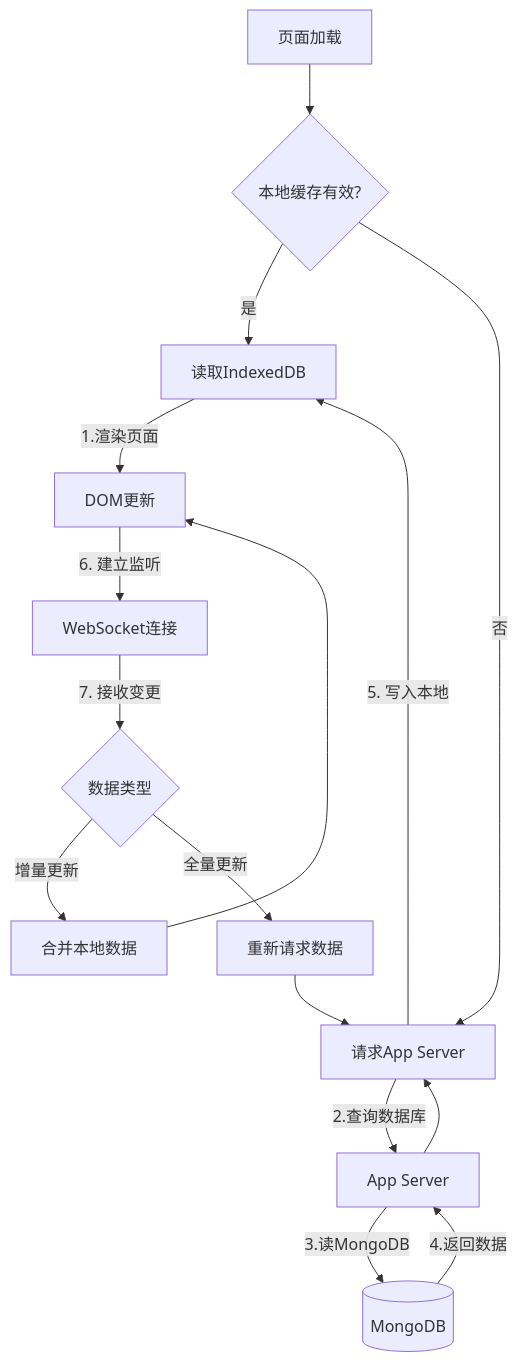
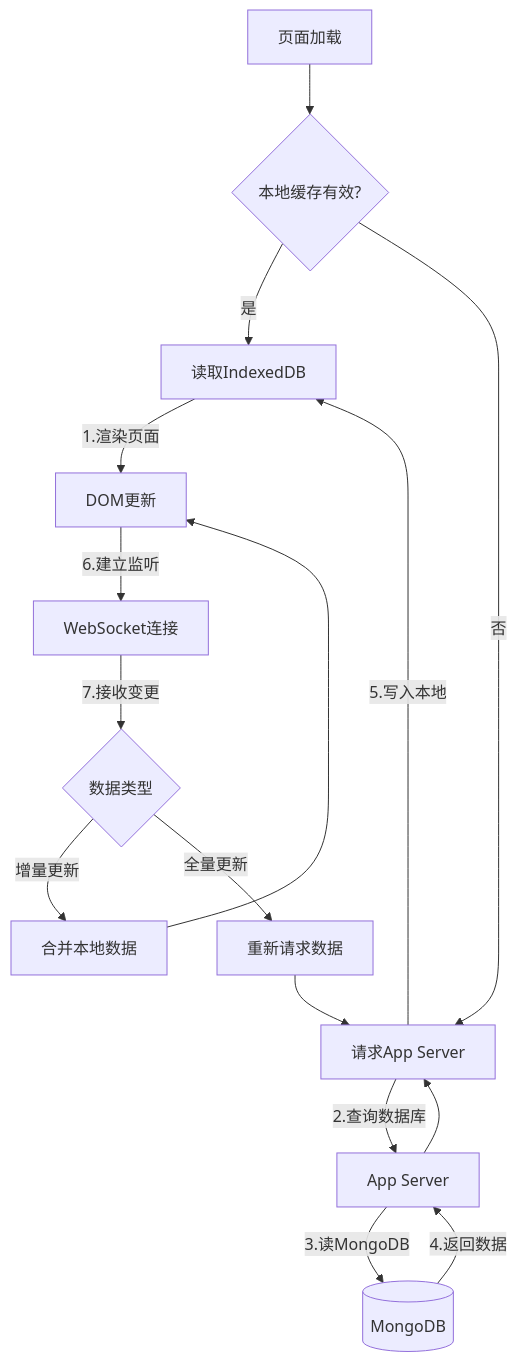
The diagram in all/数据获取流程简版.md (yingjianzh/iodraw-files), drawn with Mermaid before and after one commit.

Commit message:
2025-02-17 15:02:23 update

````diff
--- a/all/数据获取流程简版.md
+++ b/all/数据获取流程简版.md
@@ -1,17 +1,17 @@
 ```mermaid
 graph TD
     A[页面加载] --> B{本地缓存有效?}
     B -->|是| C[读取IndexedDB]
     B -->|否| D[请求App Server]
     C -->|1.渲染页面| E[DOM更新]
     D -->|2.查询数据库| F[App Server]
     F -->|3.读MongoDB| G[(MongoDB)]
     G -->|4.返回数据| F --> D
-    D -->|5. 写入本地| C
-    E -->|6. 建立监听| H[WebSocket连接]
-    H -->|7. 接收变更| I{数据类型}
+    D -->|5.写入本地| C
+    E -->|6.建立监听| H[WebSocket连接]
+    H -->|7.接收变更| I{数据类型}
     I -->|增量更新| J[合并本地数据]
     I -->|全量更新| K[重新请求数据]
     J --> E
     K --> D
 ```
````
